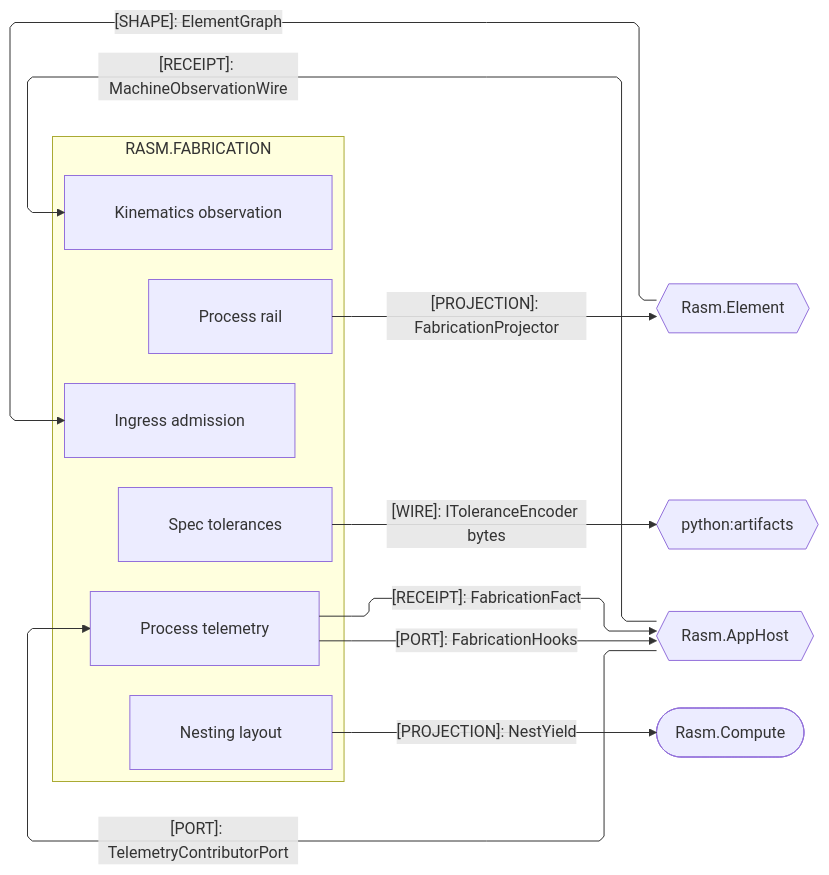
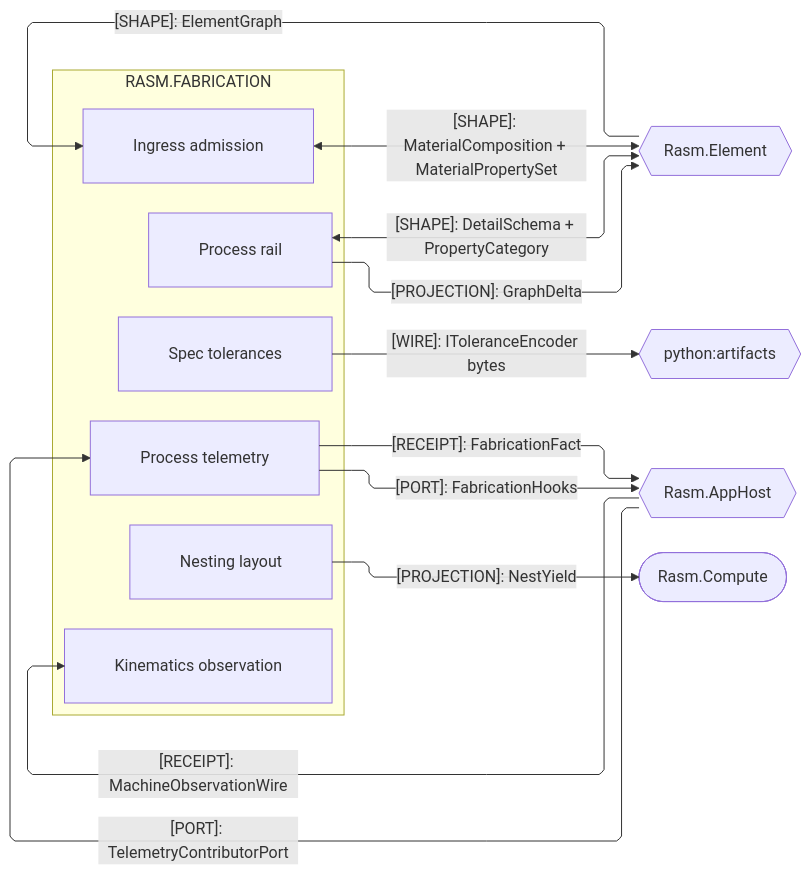
The second of 3 diagrams in libs/csharp/Rasm.Fabrication/ARCHITECTURE.md (bsamiee/Rasm), drawn with Mermaid before and after one commit. The commit also changed other lines of this file and 747 other files, not shown here.

````diff
--- a/libs/csharp/Rasm.Fabrication/ARCHITECTURE.md
+++ b/libs/csharp/Rasm.Fabrication/ARCHITECTURE.md
@@ -198,32 +208,34 @@
 ```mermaid
 ---
 config:
   layout: elk
   flowchart:
     curve: linear
     padding: 25
 ---
 flowchart LR
     accTitle: Fabrication AEC-domain peer seams
     accDescr: Fabrication owners exchanging projector, graph, tolerance, yield, and telemetry contracts with the AEC peers and the artifacts plane.
     subgraph fabrication[RASM.FABRICATION]
         Process[Process rail]
         Telemetry[Process telemetry]
         Ingress[Ingress admission]
         Kinematics[Kinematics observation]
         Nesting[Nesting layout]
         Spec[Spec tolerances]
     end
     Element{{Rasm.Element}}
     Artifacts{{python:artifacts}}
     AppHost{{Rasm.AppHost}}
     Compute([Rasm.Compute])
-    Process e1@-->|"[PROJECTION]: FabricationProjector"| Element
+    Process e1@-->|"[PROJECTION]: GraphDelta"| Element
     Element e2@-->|"[SHAPE]: ElementGraph"| Ingress
+    Ingress e14@<-->|"[SHAPE]: MaterialComposition + MaterialPropertySet"| Element
+    Process e15@<-->|"[SHAPE]: DetailSchema + PropertyCategory"| Element
     Spec e8@-->|"[WIRE]: IToleranceEncoder bytes"| Artifacts
     Telemetry e9@-->|"[RECEIPT]: FabricationFact"| AppHost
     AppHost e10@-->|"[PORT]: TelemetryContributorPort"| Telemetry
     Telemetry e11@-->|"[PORT]: FabricationHooks"| AppHost
     AppHost e12@-->|"[RECEIPT]: MachineObservationWire"| Kinematics
     Nesting e13@-->|"[PROJECTION]: NestYield"| Compute
 ```
````
